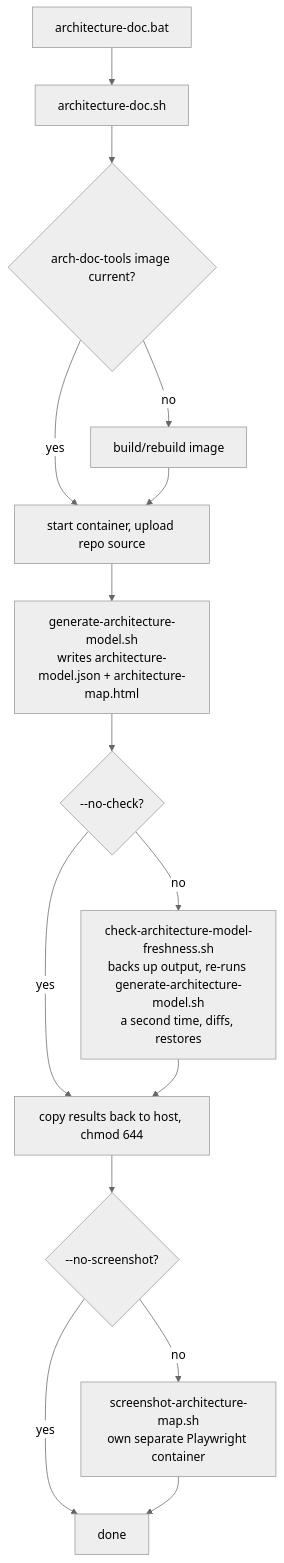
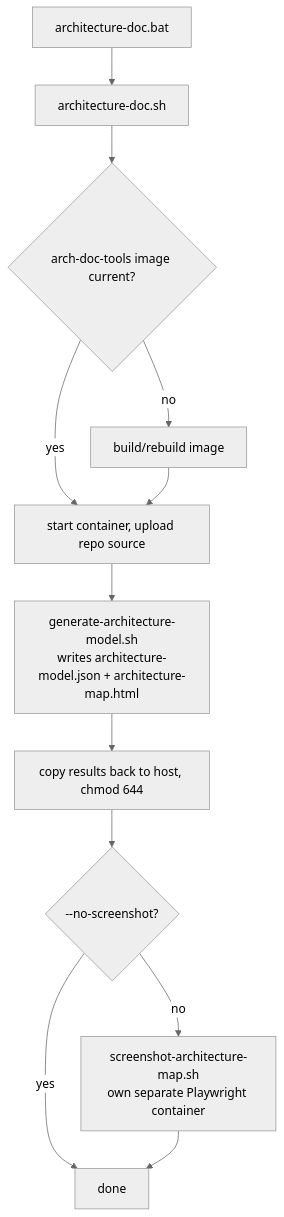
Before and after one commit to OstMutant/Advertisement: the diagram in docs/architecture/README.md, drawn with Mermaid (neutral theme). The commit also changed other lines of this file and 35 other files, not shown here.

First line of the commit message:
feat(improvement-229): architecture map Code Quality screen shows real coverage, test results and run logs per folder under a session ID; /check-architecture-map replaces the post-generation check; docs(improvement-228): architecture map Services card

````diff
--- a/docs/architecture/README.md
+++ b/docs/architecture/README.md
@@ -68,17 +67,14 @@
 ```mermaid
 flowchart TD
     A1[architecture-doc.sh] --> B{arch-doc-tools image current?}
     A2[architecture-doc.bat] --> A1
     B -->|no| C[build/rebuild image]
     B -->|yes| D[start container, upload repo source]
     C --> D
     D --> E["generate-architecture-model.sh<br/>writes architecture-model.json + architecture-map.html"]
-    E --> F{--no-check?}
-    F -->|no| G["check-architecture-model-freshness.sh<br/>backs up output, re-runs generate-architecture-model.sh<br/>a second time, diffs, restores"]
-    F -->|yes| H[copy results back to host, chmod 644]
-    G --> H
+    E --> H[copy results back to host, chmod 644]
     H --> I{--no-screenshot?}
     I -->|no| J["screenshot-architecture-map.sh<br/>own separate Playwright container"]
     I -->|yes| K[done]
     J --> K
 ```
````
